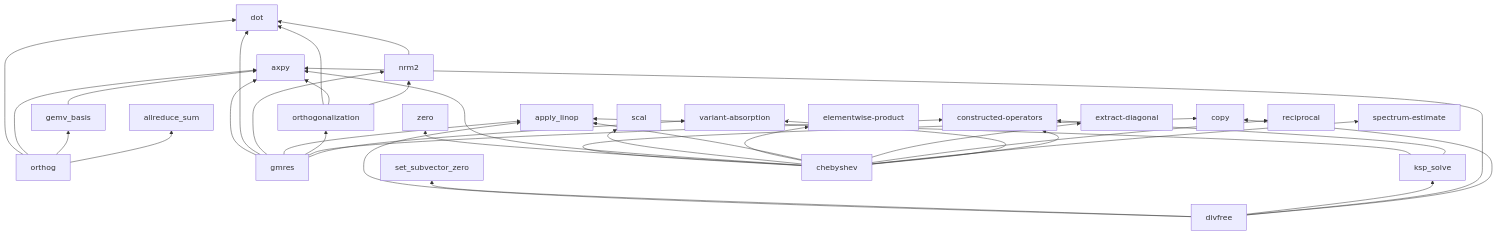
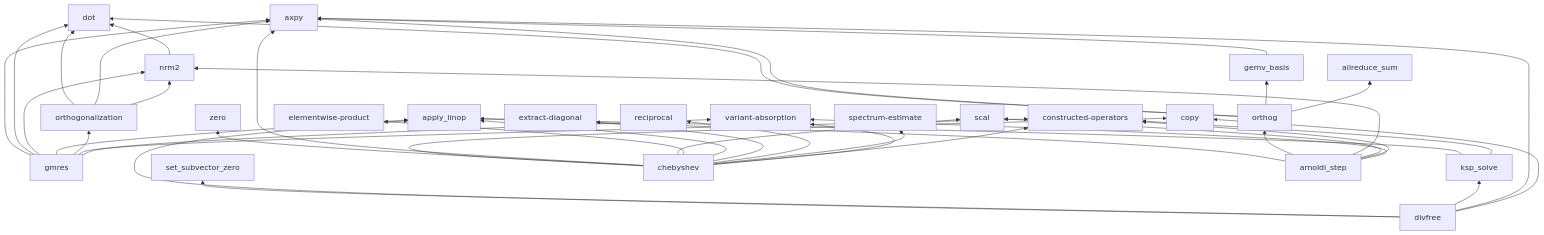
One commit to crutcher/palace_whiteroom changed the fourth of 6 diagrams in book/src/concepts/dependency-map.md. Above: the diagram before and after it, drawn with Mermaid. The commit also changed 5 other files, not shown here.

Commit message:
cycle: forward arnoldi_step [L1→L2] → revise

````diff
--- a/book/src/concepts/dependency-map.md
+++ b/book/src/concepts/dependency-map.md
@@ -153,37 +153,43 @@
 ```mermaid
 graph BT
   orthog --> dot
   orthog --> axpy
   orthog --> gemv_basis
   orthog --> allreduce_sum
   gemv_basis --> axpy
   nrm2 --> dot
   orthogonalization --> dot
   orthogonalization --> axpy
   orthogonalization --> nrm2
   gmres --> axpy
   gmres --> dot
   gmres --> nrm2
   gmres --> apply_linop
   gmres --> orthogonalization
   gmres --> constructed-operators
   gmres --> variant-absorption
   ksp_solve --> apply_linop
   divfree --> apply_linop
   divfree --> set_subvector_zero
   divfree --> ksp_solve
   divfree --> axpy
   divfree --> copy
   chebyshev --> copy
   chebyshev --> zero
   chebyshev --> axpy
   chebyshev --> scal
   chebyshev --> elementwise-product
   chebyshev --> apply_linop
   chebyshev --> extract-diagonal
   chebyshev --> reciprocal
   chebyshev --> spectrum-estimate
   chebyshev --> constructed-operators
   chebyshev --> variant-absorption
   ksp_solve --> constructed-operators
+  arnoldi_step --> apply_linop
+  arnoldi_step --> orthog
+  arnoldi_step --> nrm2
+  arnoldi_step --> scal
+  arnoldi_step --> constructed-operators
+  arnoldi_step --> variant-absorption
 ```
````
